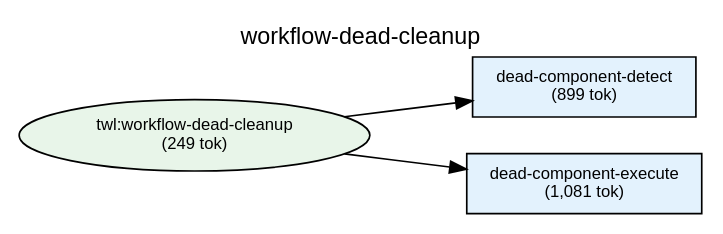
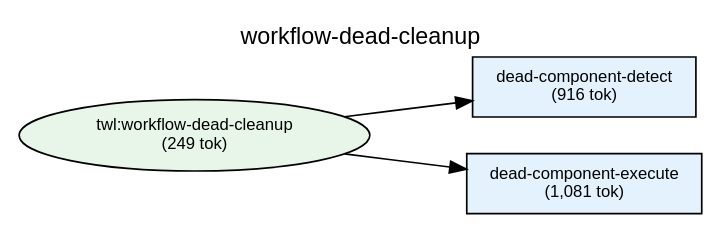
The diagram in plugins/twl/docs/deps-workflow-dead-cleanup.dot (shuu5/twill), drawn with Graphviz before and after one commit. The commit also changed 43 other files, not shown here.

```diff
--- a/plugins/twl/docs/deps-workflow-dead-cleanup.dot
+++ b/plugins/twl/docs/deps-workflow-dead-cleanup.dot
@@ -1,45 +1,45 @@
 digraph Dependencies {
     // Graph settings
     rankdir=LR;
     ranksep=0.8;
     nodesep=0.3;
     fontname="Helvetica";
     node [fontname="Helvetica", fontsize=10];
     edge [fontname="Helvetica", fontsize=9];
     label="workflow-dead-cleanup";
     labelloc=t;
     fontsize=14;
 
     // L0: Controller Skills
 
     // L0: Launchers
 
     // L0.5: Workflow Skills
     skill_workflow_dead_cleanup [label="twl:workflow-dead-cleanup\n(249 tok)", shape=ellipse, style=filled, fillcolor="#e8f5e9"];
 
     // Reference Skills
 
     // L1: Direct Commands
-    cmd_dead_component_detect [label="dead-component-detect\n(899 tok)", shape=box, style=filled, fillcolor="#e3f2fd"];
+    cmd_dead_component_detect [label="dead-component-detect\n(916 tok)", shape=box, style=filled, fillcolor="#e3f2fd"];
     cmd_dead_component_execute [label="dead-component-execute\n(1,081 tok)", shape=box, style=filled, fillcolor="#e3f2fd"];
 
     // L2: Sub Commands
 
     // L3: Agents
 
     // L3.5: Scripts
 
     // L4: External
 
     // Layer constraints
     { rank=same; skill_workflow_dead_cleanup; }
     { rank=same; cmd_dead_component_detect; cmd_dead_component_execute; }
 
     // Edges
     skill_workflow_dead_cleanup -> cmd_dead_component_detect;
     skill_workflow_dead_cleanup -> cmd_dead_component_execute;
 
     // Ordering constraints (invisible edges)
     cmd_dead_component_detect -> cmd_dead_component_execute [style=invis, weight=10];
 
 }
```
